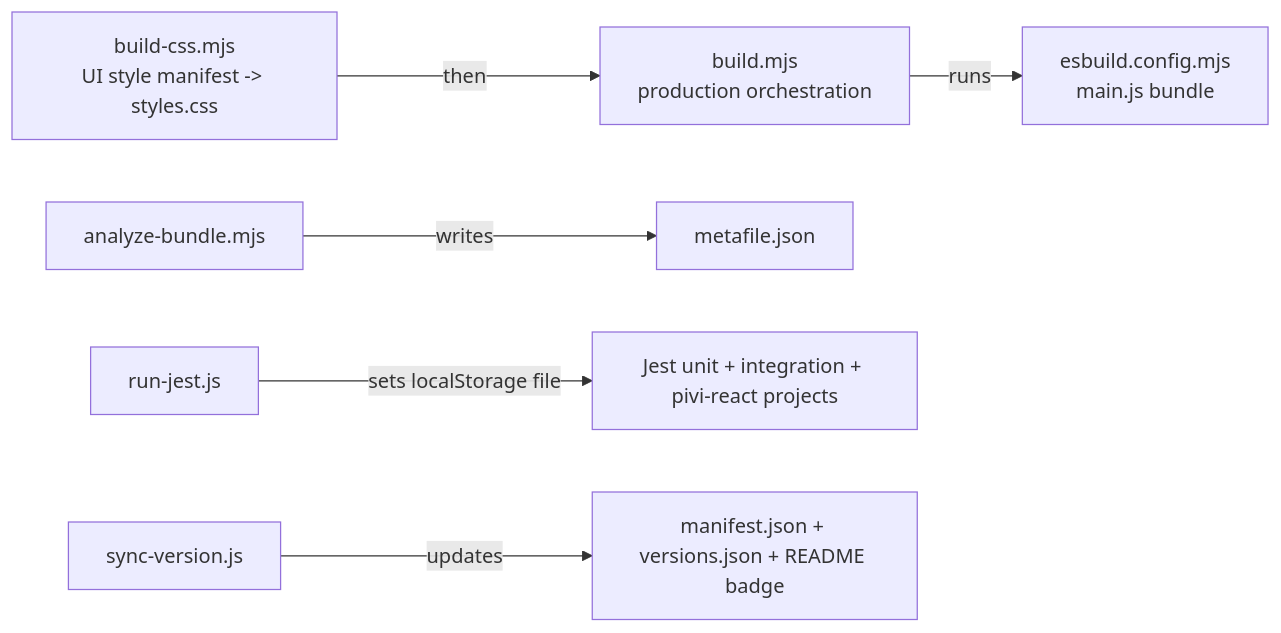
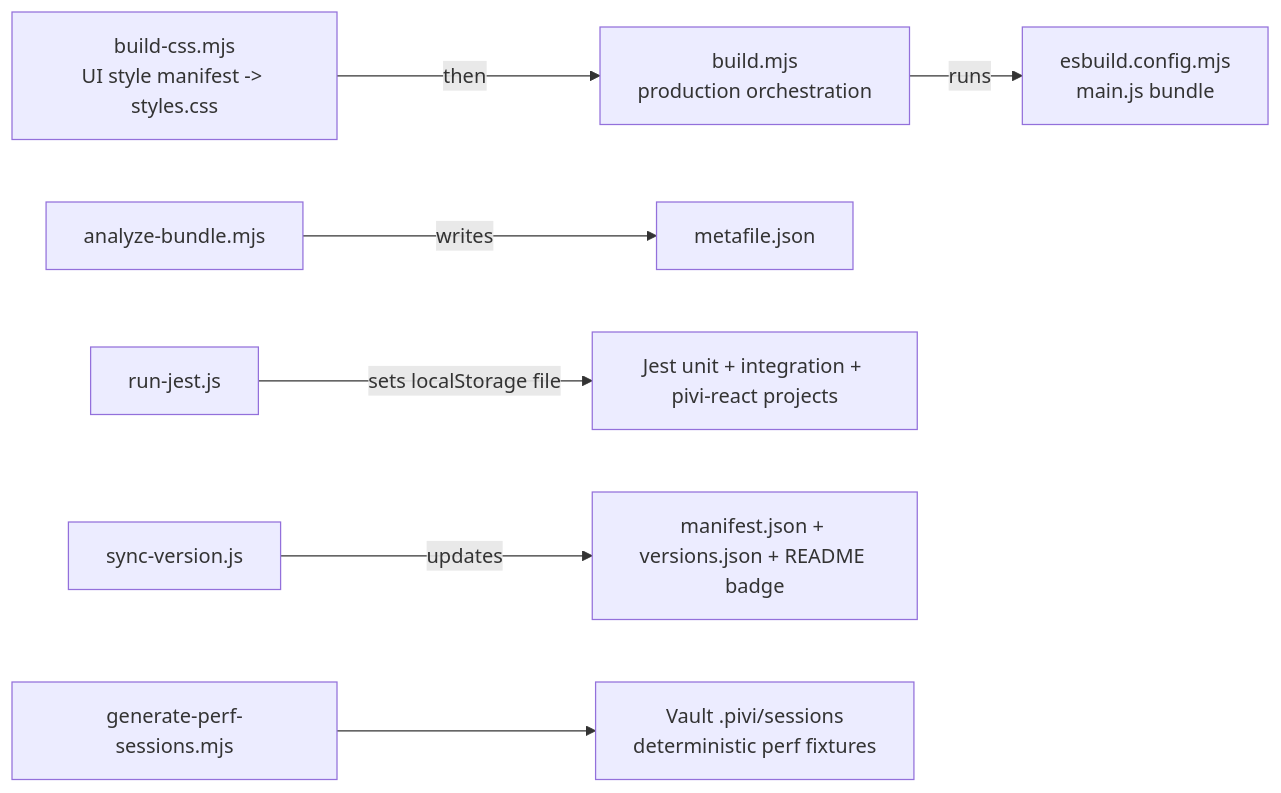
One commit to shuuul/obsidian-pivi changed the diagram in scripts/AGENTS.md. Above: the diagram before and after it, drawn with Mermaid. The commit also changed other lines of this file and 3 other files, not shown here.

Commit message:
test(perf): add deterministic chat session fixtures

````diff
--- a/scripts/AGENTS.md
+++ b/scripts/AGENTS.md
@@ -9,8 +9,9 @@
 ```mermaid
 flowchart LR
   CSS["build-css.mjs<br/>UI style manifest -> styles.css"] -- "then" --> Build["build.mjs<br/>production orchestration"]
   Build -- "runs" --> Esbuild["esbuild.config.mjs<br/>main.js bundle"]
   Analyze["analyze-bundle.mjs"] -- "writes" --> Meta["metafile.json"]
   Jest["run-jest.js"] -- "sets localStorage file" --> Tests["Jest unit + integration + pivi-react projects"]
   Version["sync-version.js"] -- "updates" --> Manifest["manifest.json + versions.json + README badge"]
+  Fixtures["generate-perf-sessions.mjs"] --> Sessions["Vault .pivi/sessions<br/>deterministic perf fixtures"]
 ```
````
